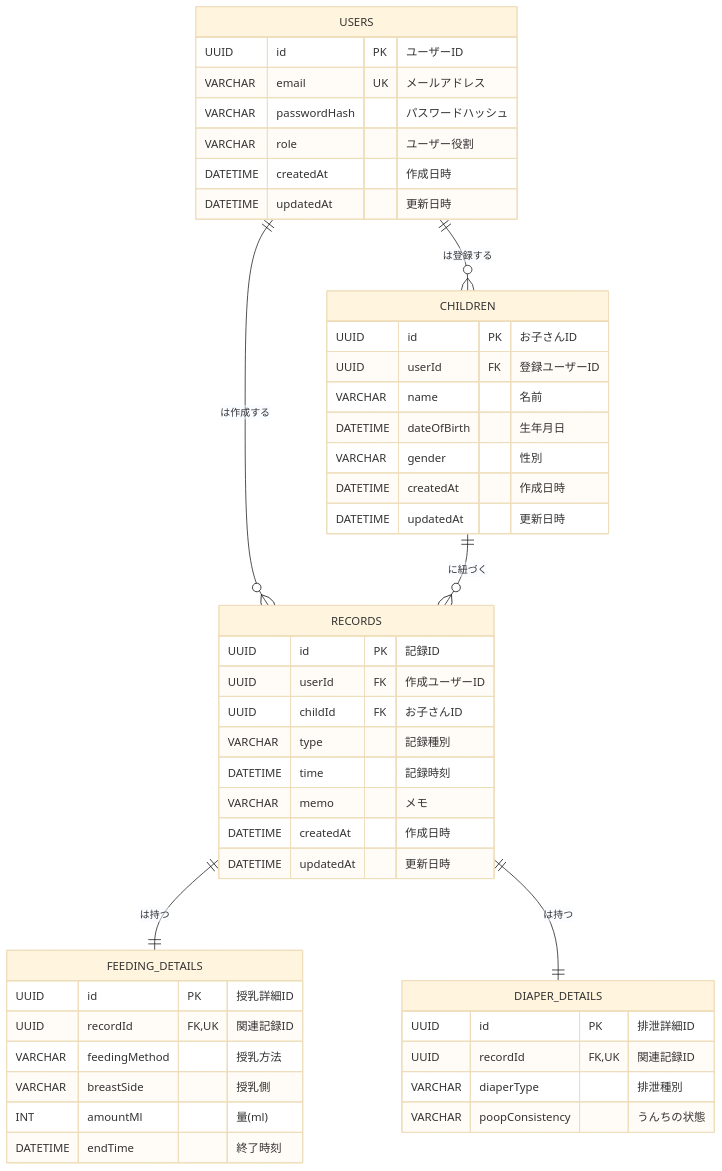
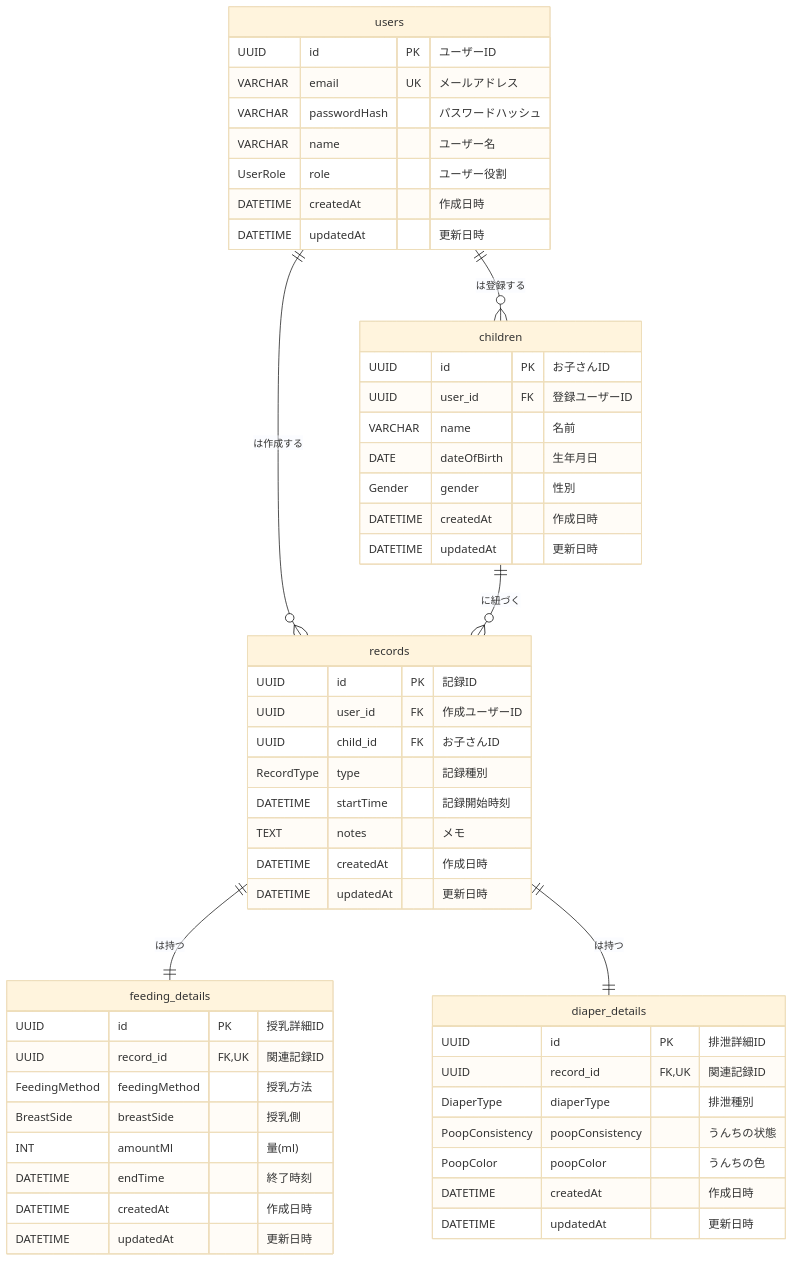
The diagram in docs/03_internal_design/databse/database_design.md (yasushi-mo/sweet-sprouts), drawn with Mermaid (base theme) before and after one commit. The commit also changed other lines of this file and 1 other file, not shown here.

Commit message:
Add: Prisma schema & Update: DB design

````diff
--- a/docs/03_internal_design/databse/database_design.md
+++ b/docs/03_internal_design/databse/database_design.md
@@ -79,54 +142,60 @@
 ```mermaid
 erDiagram
-    USERS {
+    users {
         UUID id PK "ユーザーID"
         VARCHAR email UK "メールアドレス"
         VARCHAR passwordHash "パスワードハッシュ"
-        VARCHAR role "ユーザー役割"
+        VARCHAR name "ユーザー名"
+        UserRole role "ユーザー役割"
         DATETIME createdAt "作成日時"
         DATETIME updatedAt "更新日時"
     }
 
-    CHILDREN {
+    children {
         UUID id PK "お子さんID"
-        UUID userId FK "登録ユーザーID"
+        UUID user_id FK "登録ユーザーID"
         VARCHAR name "名前"
-        DATETIME dateOfBirth "生年月日"
-        VARCHAR gender "性別"
+        DATE dateOfBirth "生年月日"
+        Gender gender "性別"
         DATETIME createdAt "作成日時"
         DATETIME updatedAt "更新日時"
     }
 
-    RECORDS {
+    records {
         UUID id PK "記録ID"
-        UUID userId FK "作成ユーザーID"
-        UUID childId FK "お子さんID"
-        VARCHAR type "記録種別"
-        DATETIME time "記録時刻"
-        VARCHAR memo "メモ"
+        UUID user_id FK "作成ユーザーID"
+        UUID child_id FK "お子さんID"
+        RecordType type "記録種別"
+        DATETIME startTime "記録開始時刻"
+        TEXT notes "メモ"
         DATETIME createdAt "作成日時"
         DATETIME updatedAt "更新日時"
     }
 
-    FEEDING_DETAILS {
+    feeding_details {
         UUID id PK "授乳詳細ID"
-        UUID recordId FK, UK "関連記録ID"
-        VARCHAR feedingMethod "授乳方法"
-        VARCHAR breastSide "授乳側"
+        UUID record_id FK, UK "関連記録ID"
+        FeedingMethod feedingMethod "授乳方法"
+        BreastSide breastSide "授乳側"
         INT amountMl "量(ml)"
         DATETIME endTime "終了時刻"
+        DATETIME createdAt "作成日時"
+        DATETIME updatedAt "更新日時"
     }
 
-    DIAPER_DETAILS {
+    diaper_details {
         UUID id PK "排泄詳細ID"
-        UUID recordId FK, UK "関連記録ID"
-        VARCHAR diaperType "排泄種別"
-        VARCHAR poopConsistency "うんちの状態"
+        UUID record_id FK, UK "関連記録ID"
+        DiaperType diaperType "排泄種別"
+        PoopConsistency poopConsistency "うんちの状態"
+        PoopColor poopColor "うんちの色"
+        DATETIME createdAt "作成日時"
+        DATETIME updatedAt "更新日時"
     }
 
-    USERS ||--o{ CHILDREN : "は登録する"
-    USERS ||--o{ RECORDS : "は作成する"
-    CHILDREN ||--o{ RECORDS : "に紐づく"
-    RECORDS ||--|| FEEDING_DETAILS : "は持つ"
-    RECORDS ||--|| DIAPER_DETAILS : "は持つ"
+    users ||--o{ children : "は登録する"
+    users ||--o{ records : "は作成する"
+    children ||--o{ records : "に紐づく"
+    records ||--|| feeding_details : "は持つ"
+    records ||--|| diaper_details : "は持つ"
 ```
````
